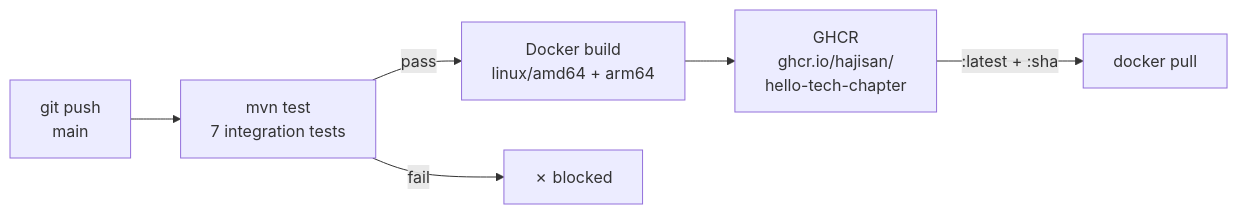
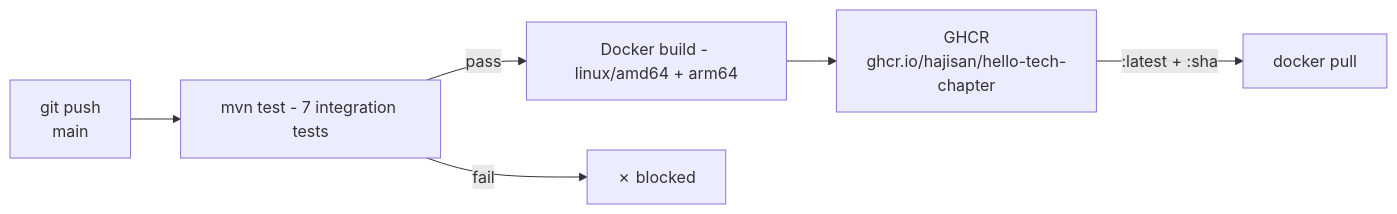
Before and after one commit to hajisan/hello-tech-chapter: the diagram in README.md, drawn with Mermaid.

Commit message:
Fix formatting in CI/CD Pipeline diagram

````diff
--- a/README.md
+++ b/README.md
@@ -33,8 +33,8 @@
 ```mermaid
 flowchart LR
-    Push["git push\nmain"] --> Test["mvn test\n7 integration tests"]
-    Test -->|pass| Build["Docker build\nlinux/amd64 + arm64"]
+    Push["git push\nmain"] --> Test["mvn test - 7 integration tests"]
+    Test -->|pass| Build["Docker build - linux/amd64 + arm64"]
     Test -->|fail| Stop["✗ blocked"]
-    Build --> GHCR["GHCR\nghcr.io/hajisan/\nhello-tech-chapter"]
+    Build --> GHCR["GHCR\nghcr.io/hajisan/hello-tech-chapter"]
     GHCR -->|:latest + :sha| Pull["docker pull"]
 ```
````
